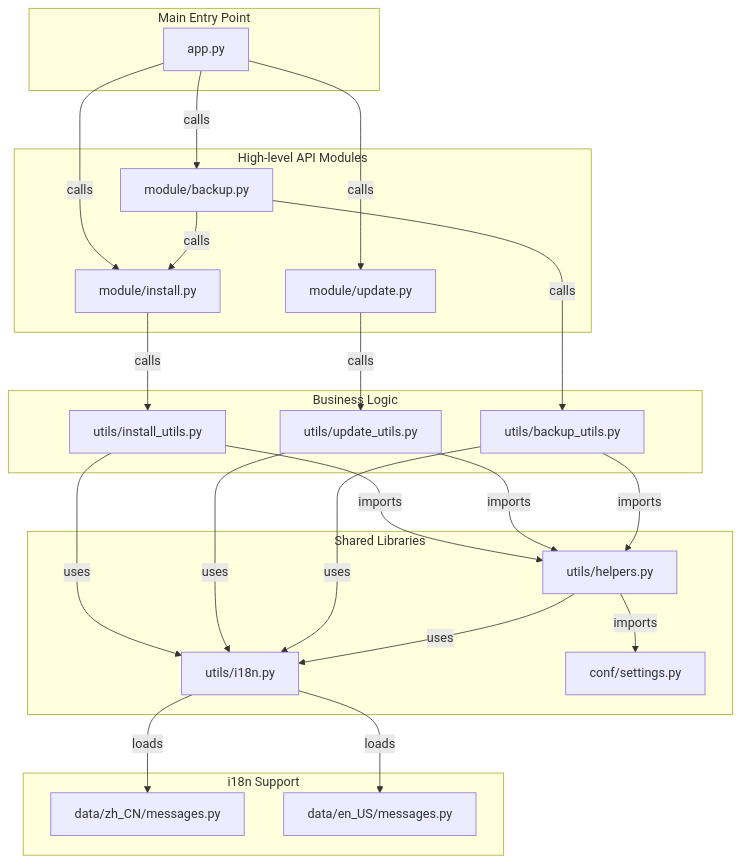
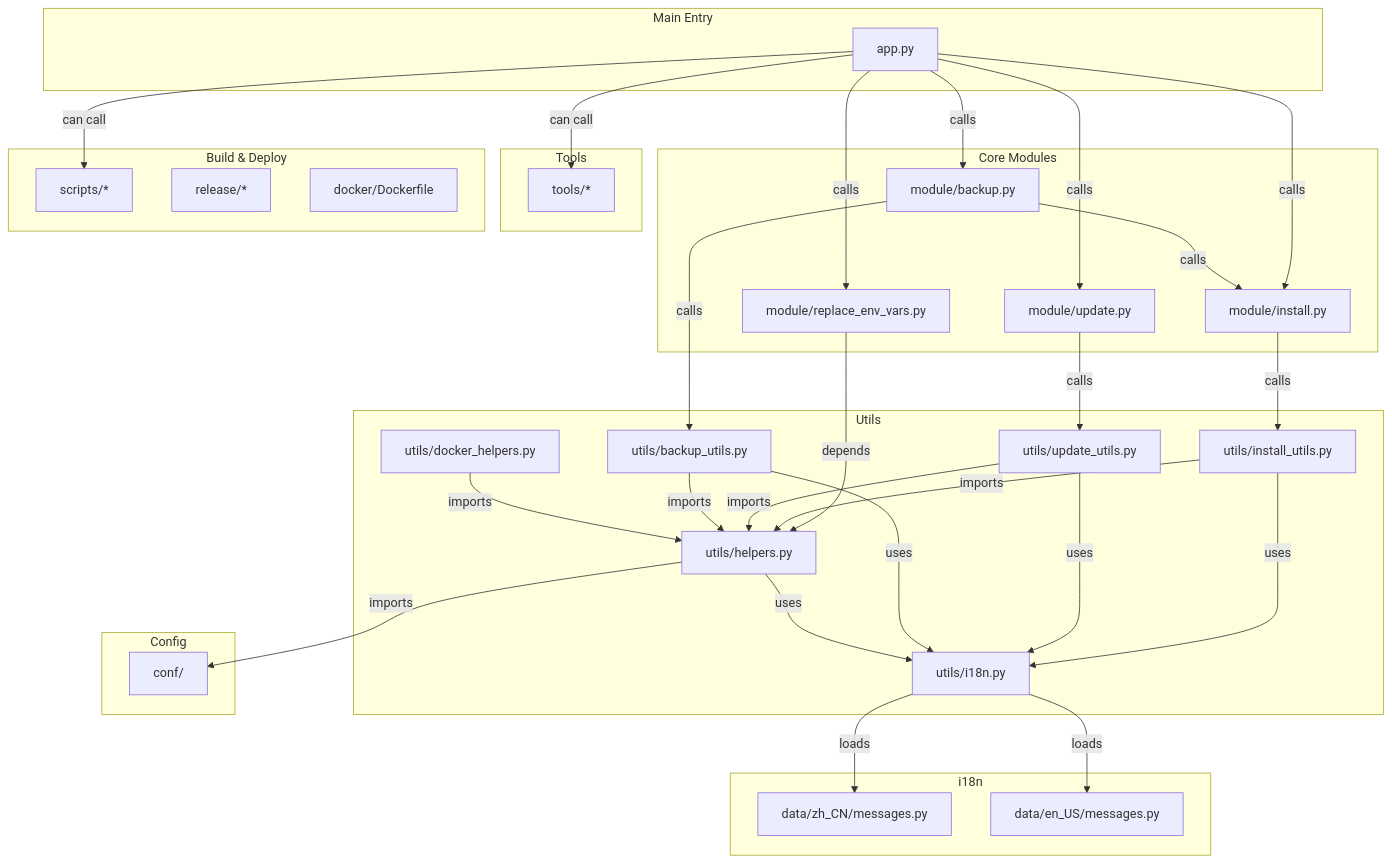
One commit to greenhandzdl/nekro-agent-toolkit changed the diagram in doc/DEVELOP-EN.md. Above: the diagram before and after it, drawn with Mermaid. The commit also changed other lines of this file and 1 other file, not shown here.

Commit message:
up:项目文档说明更新

````diff
--- a/doc/DEVELOP-EN.md
+++ b/doc/DEVELOP-EN.md
@@ -32,52 +26,69 @@
 ```mermaid
 graph TD
-    subgraph "Main Entry Point"
+    subgraph "Main Entry"
         APP["app.py"];
     end
 
-    subgraph "High-level API Modules"
+    subgraph "Core Modules"
         INSTALL["module/install.py"];
         UPDATE["module/update.py"];
         BACKUP["module/backup.py"];
+        REPLACE_ENV["module/replace_env_vars.py"];
     end
 
-    subgraph "Business Logic"
+    subgraph "Utils"
+        HELPERS["utils/helpers.py"];
+        I18N["utils/i18n.py"];
         INSTALL_UTILS["utils/install_utils.py"];
         UPDATE_UTILS["utils/update_utils.py"];
         BACKUP_UTILS["utils/backup_utils.py"];
+        DOCKER_HELPERS["utils/docker_helpers.py"];
     end
 
-    subgraph "Shared Libraries"
-        HELPERS["utils/helpers.py"];
-        I18N["utils/i18n.py"];
-        CONF["conf/settings.py"];
+    subgraph "Config"
+        CONF["conf/"];
     end
 
-    subgraph "i18n Support"
+    subgraph "i18n"
         ZH_CN["data/zh_CN/messages.py"];
         EN_US["data/en_US/messages.py"];
+    end
+
+    subgraph "Tools"
+        TOOL_SCRIPTS["tools/*"];
+    end
+
+    subgraph "Build & Deploy"
+        SCRIPTS["scripts/*"];
+        RELEASE["release/*"];
+        DOCKER["docker/Dockerfile"];
     end
 
     APP -- calls --> INSTALL;
     APP -- calls --> UPDATE;
     APP -- calls --> BACKUP;
+    APP -- calls --> REPLACE_ENV;
+    APP -- can call --> TOOL_SCRIPTS;
+    APP -- can call --> SCRIPTS;
 
     INSTALL -- calls --> INSTALL_UTILS;
     UPDATE -- calls --> UPDATE_UTILS;
     BACKUP -- calls --> BACKUP_UTILS;
     BACKUP -- calls --> INSTALL;
-    
+    REPLACE_ENV -- depends --> HELPERS;
+
     INSTALL_UTILS -- imports --> HELPERS;
     UPDATE_UTILS -- imports --> HELPERS;
     BACKUP_UTILS -- imports --> HELPERS;
-    
+    DOCKER_HELPERS -- imports --> HELPERS;
+
     INSTALL_UTILS -- uses --> I18N;
     UPDATE_UTILS -- uses --> I18N;
     BACKUP_UTILS -- uses --> I18N;
     HELPERS -- uses --> I18N;
 
     HELPERS -- imports --> CONF;
-    
+
     I18N -- loads --> ZH_CN;
     I18N -- loads --> EN_US;
 ```
````
